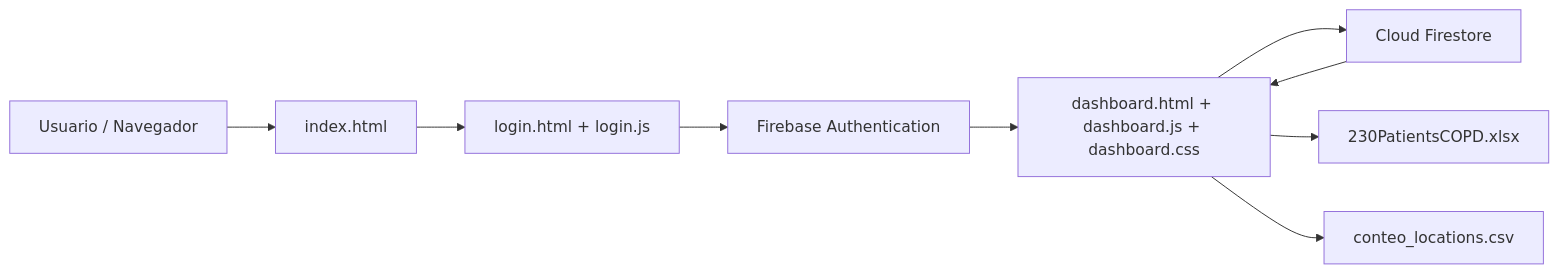
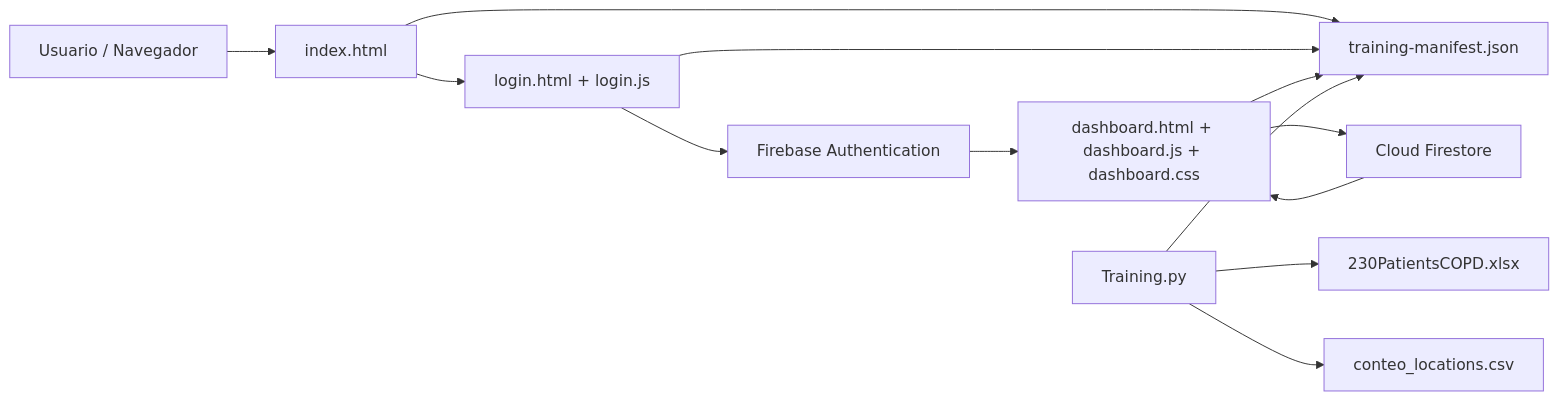
Before and after one commit to DavidEBM/TestTesis: the second of 3 diagrams in detalles.md, drawn with Mermaid. The commit also changed other lines of this file and 12 other files, not shown here.

````diff
--- a/detalles.md
+++ b/detalles.md
@@ -282,20 +370,26 @@
 ```mermaid
 flowchart LR
     U[Usuario / Navegador]
     I[index.html]
+    M0[training-manifest.json]
     L[login.html + login.js]
     D[dashboard.html + dashboard.js + dashboard.css]
     F[Firebase Authentication]
     FS[Cloud Firestore]
-    T1[230PatientsCOPD.xlsx]
-    T2[conteo_locations.csv]
+    T1[Training.py]
+    T2[230PatientsCOPD.xlsx]
+    T3[conteo_locations.csv]
 
     U --> I
+    I --> M0
     I --> L
     L --> F
+    L --> M0
     F --> D
     D --> FS
-    D --> T1
-    D --> T2
+    D --> M0
     FS --> D
+    T1 --> T2
+    T1 --> T3
+    T1 --> M0
 ```
````
